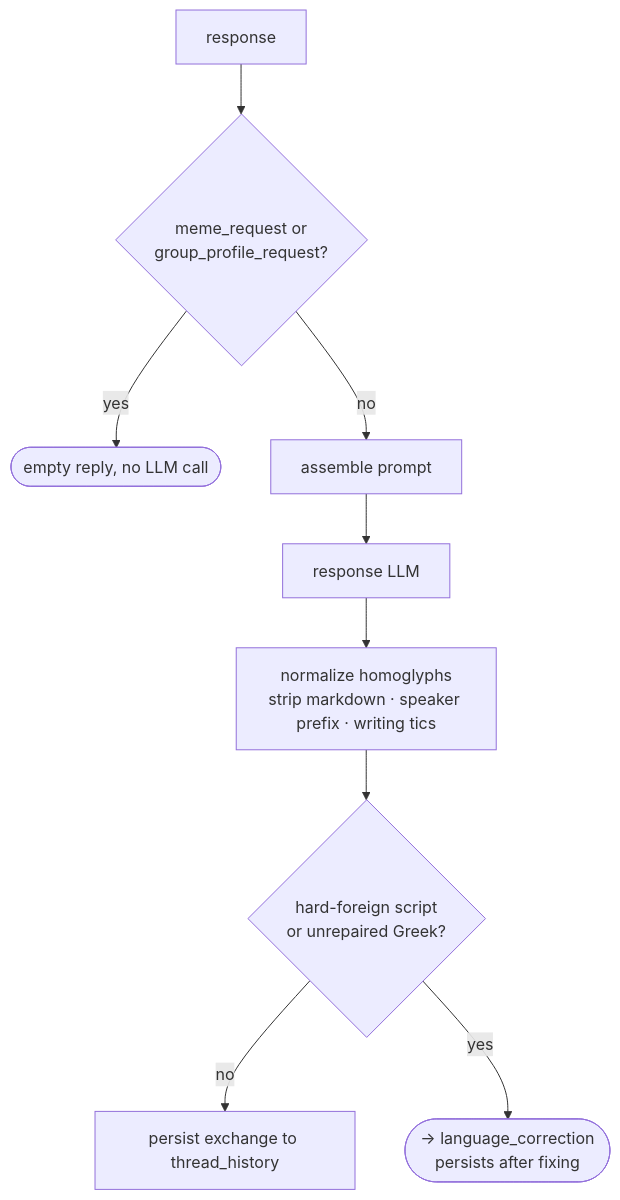
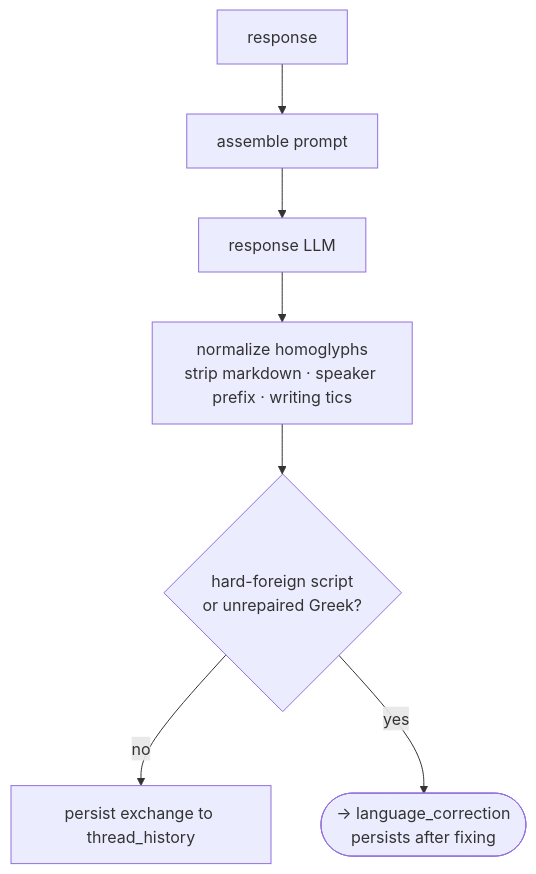
The ninth of 10 diagrams in src/pipeline/README.md (vsbaldeev/games-chatbot), drawn with Mermaid before and after one commit. The commit also changed other lines of this file and 5 other files, not shown here.

Commit message:
refactor: route meme and group-profile requests past the reply nodes

````diff
--- a/src/pipeline/README.md
+++ b/src/pipeline/README.md
@@ -416,11 +420,9 @@
 ```mermaid
 flowchart TD
-    r["response"] --> special{"meme_request or<br/>group_profile_request?"}
-    special -->|"yes"| empty(["empty reply, no LLM call"])
-    special -->|"no"| prompt["assemble prompt"]
+    r["response"] --> prompt["assemble prompt"]
     prompt --> llm["response LLM"]
     llm --> clean["normalize homoglyphs<br/>strip markdown · speaker prefix · writing tics"]
     clean --> need{"hard-foreign script<br/>or unrepaired Greek?"}
     need -->|"no"| persist["persist exchange to thread_history"]
     need -->|"yes"| lc(["→ language_correction<br/>persists after fixing"])
 ```
````
